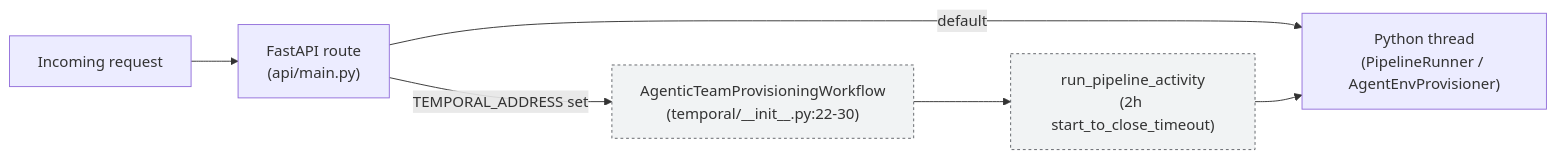
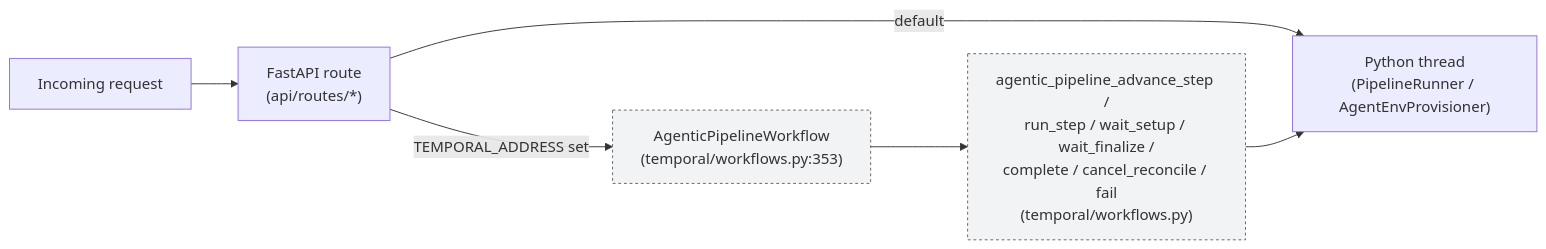
The third of 3 diagrams in backend/agents/agent_team_studio/agentic_team_provisioning/system_design/architecture.md (brandonkindred/Khala-Agentic-AI-Teams), drawn with Mermaid before and after one commit. The commit also changed other lines of this file and 7 other files, not shown here.

First line of the commit message:
Refresh agentic_team_provisioning architecture docs and fix its test suite (#7121)

````diff
--- a/backend/agents/agent_team_studio/agentic_team_provisioning/system_design/architecture.md
+++ b/backend/agents/agent_team_studio/agentic_team_provisioning/system_design/architecture.md
@@ -188,11 +188,11 @@
 ```mermaid
 flowchart LR
-    Req["Incoming request"] --> Route["FastAPI route<br/>(api/main.py)"]
+    Req["Incoming request"] --> Route["FastAPI route<br/>(api/routes/*)"]
     Route -->|default| Thread["Python thread<br/>(PipelineRunner / AgentEnvProvisioner)"]
-    Route -->|TEMPORAL_ADDRESS set| Workflow["AgenticTeamProvisioningWorkflow<br/>(temporal/__init__.py:22-30)"]
-    Workflow --> Activity["run_pipeline_activity<br/>(2h start_to_close_timeout)"]
+    Route -->|TEMPORAL_ADDRESS set| Workflow["AgenticPipelineWorkflow<br/>(temporal/workflows.py:353)"]
+    Workflow --> Activity["agentic_pipeline_advance_step /<br/>run_step / wait_setup / wait_finalize /<br/>complete / cancel_reconcile / fail<br/>(temporal/workflows.py)"]
     Activity --> Thread
 
     classDef external fill:#f1f3f4,stroke:#5f6368,stroke-dasharray: 3 3
     class Workflow,Activity external
 ```
````
